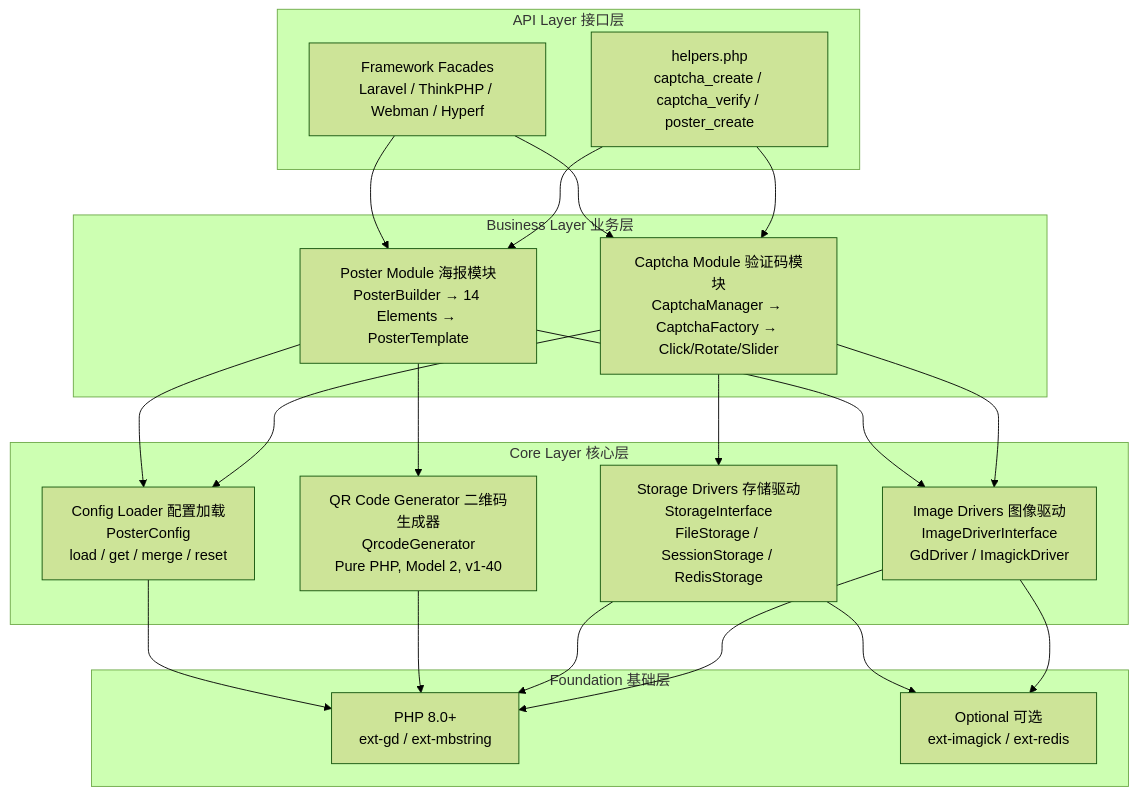
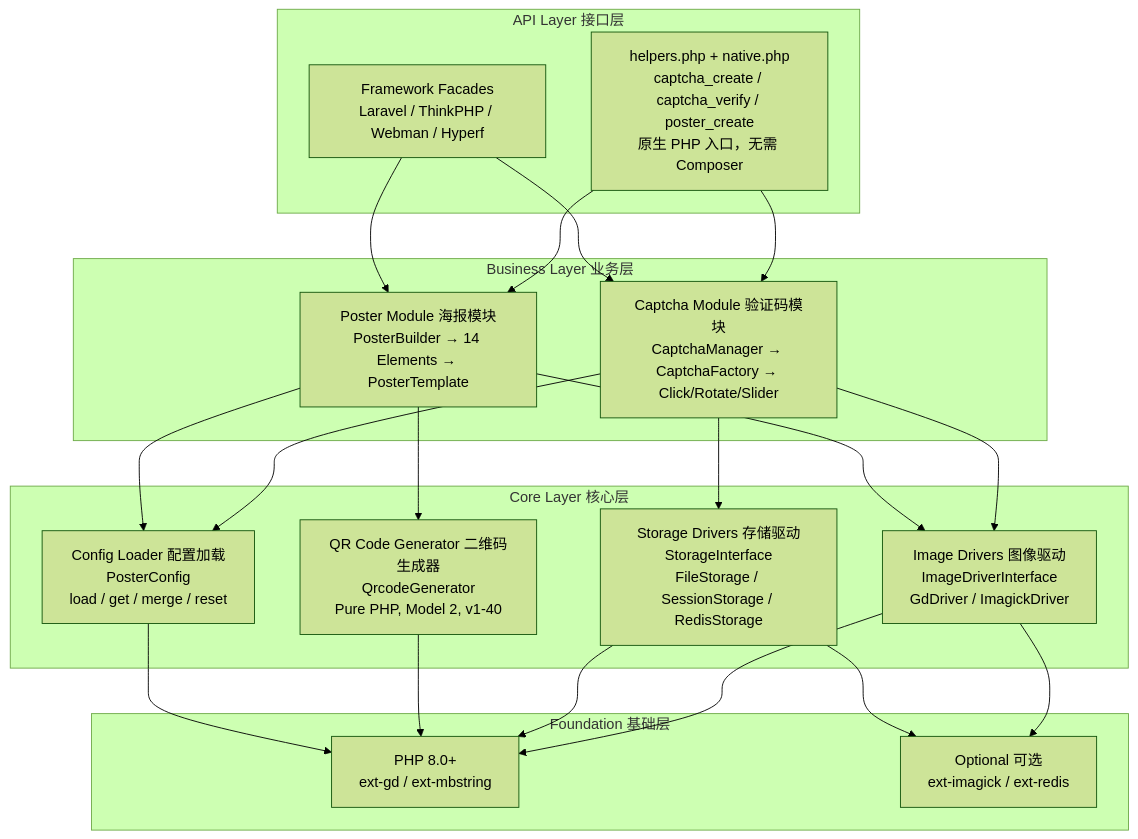
Before and after one commit to erikwang2013/poster-php: the first of 11 diagrams in docs/architecture.md, drawn with Mermaid (forest theme). The commit also changed other lines of this file and 20 other files, not shown here.

First line of the commit message:
feat: 原生 PHP 入口 native.php，无需 Composer 即可使用

````diff
--- a/docs/architecture.md
+++ b/docs/architecture.md
@@ -9,44 +9,44 @@
 ```mermaid
 graph TB
     subgraph "API Layer 接口层"
-        HELPERS["helpers.php<br/>captcha_create / captcha_verify / poster_create"]
+        HELPERS["helpers.php + native.php<br/>captcha_create / captcha_verify / poster_create<br/>原生 PHP 入口，无需 Composer"]
         FACADES["Framework Facades<br/>Laravel / ThinkPHP / Webman / Hyperf"]
     end
 
     subgraph "Business Layer 业务层"
         CAPTCHA["Captcha Module 验证码模块<br/>CaptchaManager → CaptchaFactory → Click/Rotate/Slider"]
         POSTER["Poster Module 海报模块<br/>PosterBuilder → 14 Elements → PosterTemplate"]
     end
 
     subgraph "Core Layer 核心层"
         DRIVERS["Image Drivers 图像驱动<br/>ImageDriverInterface<br/>GdDriver / ImagickDriver"]
         STORAGE["Storage Drivers 存储驱动<br/>StorageInterface<br/>FileStorage / SessionStorage / RedisStorage"]
         QRCODE["QR Code Generator 二维码生成器<br/>QrcodeGenerator<br/>Pure PHP, Model 2, v1-40"]
         CONFIG["Config Loader 配置加载<br/>PosterConfig<br/>load / get / merge / reset"]
     end
 
     subgraph "Foundation 基础层"
         PHP["PHP 8.0+<br/>ext-gd / ext-mbstring"]
         OPTIONAL["Optional 可选<br/>ext-imagick / ext-redis"]
     end
 
     HELPERS --> CAPTCHA
     HELPERS --> POSTER
     FACADES --> CAPTCHA
     FACADES --> POSTER
 
     CAPTCHA --> DRIVERS
     CAPTCHA --> STORAGE
     CAPTCHA --> CONFIG
 
     POSTER --> DRIVERS
     POSTER --> QRCODE
     POSTER --> CONFIG
 
     DRIVERS --> PHP
     DRIVERS --> OPTIONAL
     STORAGE --> PHP
     STORAGE --> OPTIONAL
     QRCODE --> PHP
     CONFIG --> PHP
 ```
````
